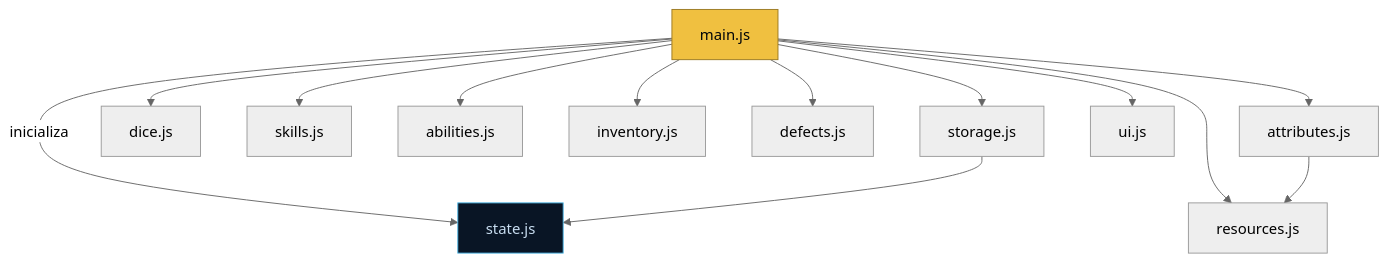
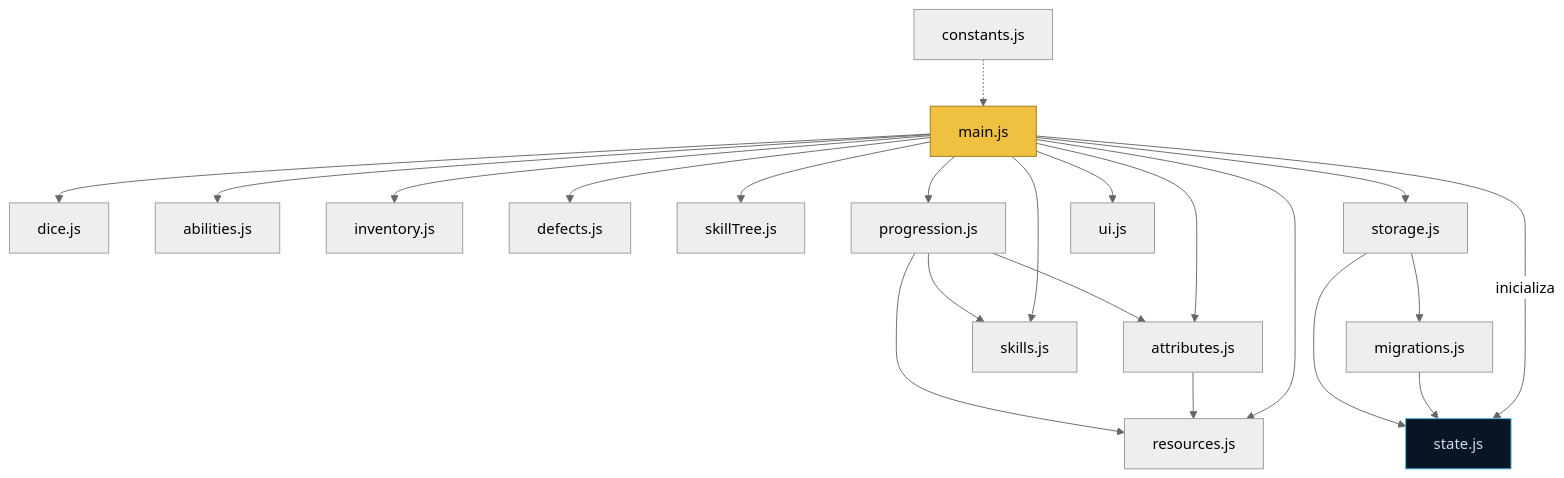
One commit to xuzzet/Ficha-RPG-Stars-Wars changed the diagram in README.md. Above: the diagram before and after it, drawn with Mermaid (neutral theme). The commit also changed other lines of this file, not shown here.

````diff
--- a/README.md
+++ b/README.md
@@ -175,17 +209,25 @@
 ```mermaid
 flowchart TD
     A[main.js] -->|inicializa| B[state.js]
     A --> C[attributes.js]
     A --> D[dice.js]
     A --> E[skills.js]
     A --> F[abilities.js]
     A --> G[inventory.js]
     A --> H[resources.js]
     A --> I[defects.js]
+    A --> L[skillTree.js]
+    A --> M[progression.js]
     A --> J[storage.js]
     A --> K[ui.js]
     C --> H
+    M --> C
+    M --> H
+    M --> E
+    J --> N[migrations.js]
+    N --> B
     J --> B
+    Z[constants.js] -.-> A
     style A fill:#f0c040,stroke:#9a7820,color:#020509
     style B fill:#091525,stroke:#4db8e8,color:#c8ddf0
 ```
````
